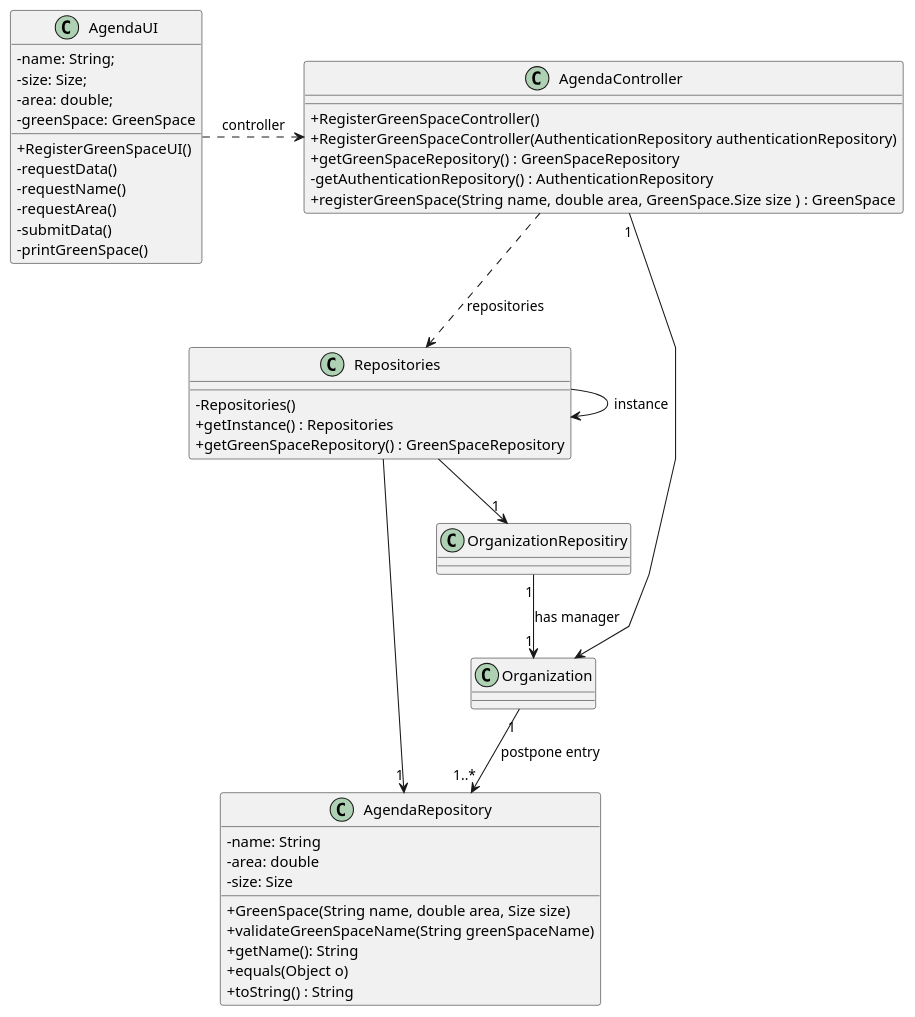
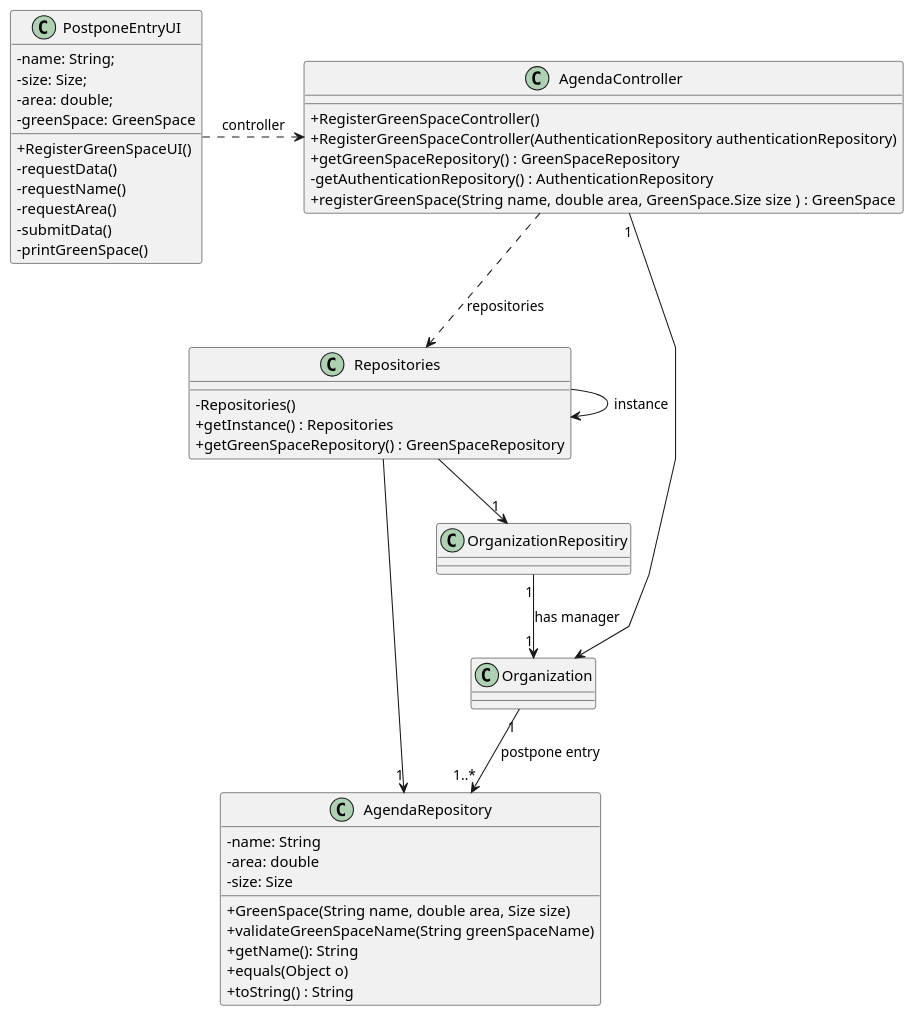
The diagram in docs/SprintC/us025/03.design/puml/us025-class-diagram.puml (Departamento-de-Engenharia-Informatica/lei-24-s2-1df-1de-g063), drawn with PlantUML before and after one commit. The commit also changed 53 other files, not shown here.

```diff
--- a/docs/SprintC/us025/03.design/puml/us025-class-diagram.puml
+++ b/docs/SprintC/us025/03.design/puml/us025-class-diagram.puml
@@ -1,73 +1,73 @@
 @startuml
 'skinparam monochrome true
 skinparam packageStyle rectangle
 skinparam shadowing false
 skinparam linetype polyline
 'skinparam linetype orto
 
 skinparam classAttributeIconSize 0
 
 'left to right direction
 
-class AgendaUI{
+class PostponeEntryUI{
 -name: String;
 -size: Size;
 -area: double;
 -greenSpace: GreenSpace
 
 +RegisterGreenSpaceUI()
 -requestData()
 -requestName()
 -requestArea()
 -submitData()
 -printGreenSpace()
 }
 
 class AgendaController{
 
     +RegisterGreenSpaceController()
     +RegisterGreenSpaceController(AuthenticationRepository authenticationRepository)
     +getGreenSpaceRepository() : GreenSpaceRepository
     -getAuthenticationRepository() : AuthenticationRepository
     +registerGreenSpace(String name, double area, GreenSpace.Size size ) : GreenSpace
 }
 
 class Repositories{
     - Repositories()
     + getInstance() : Repositories
     + getGreenSpaceRepository() : GreenSpaceRepository
 }
 
 'class GreenSpaceRepository{
  '   +GreenSpaceRepository()
   '  +getInstance() : GreenSpaceRepository
    ' +addGreenSpace(GreenSpace greenSpace)
     '+List<GreenSpace> getGreenSpaces()
 '}
 
 class Organization{}
 
 class AgendaRepository{
     -name: String
     -area: double
     -size: Size
 
     +GreenSpace(String name, double area, Size size)
     +validateGreenSpaceName(String greenSpaceName)
     +getName(): String
     +equals(Object o)
     +toString() : String
 }
 
-AgendaUI .> AgendaController : controller
+PostponeEntryUI .> AgendaController : controller
 AgendaController ..> Repositories : repositories
 'Repositories -down-> "1" GreenSpaceRepository
 Repositories --> Repositories: instance
 Repositories -down-> "1" OrganizationRepositiry
 OrganizationRepositiry "1" --> "1" Organization : has manager
 'GreenSpaceRepository "1" --> "1" Organization
 AgendaController "1" --> Organization
 Organization "1" --> "1..*" AgendaRepository : postpone entry
 Repositories --> "1" AgendaRepository
 
 @enduml
```
